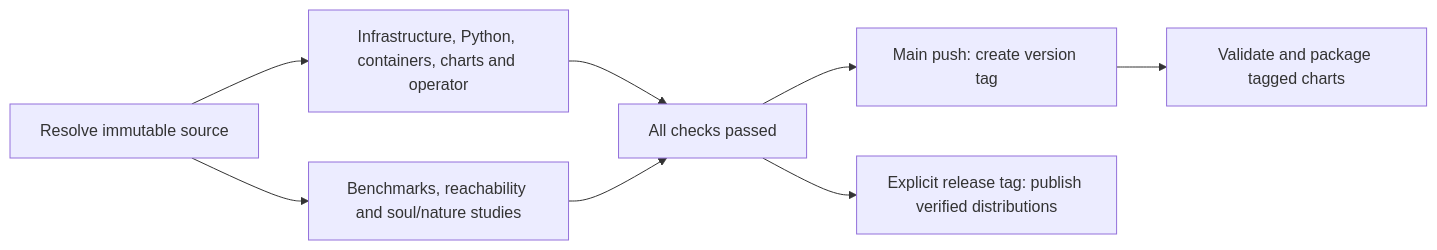
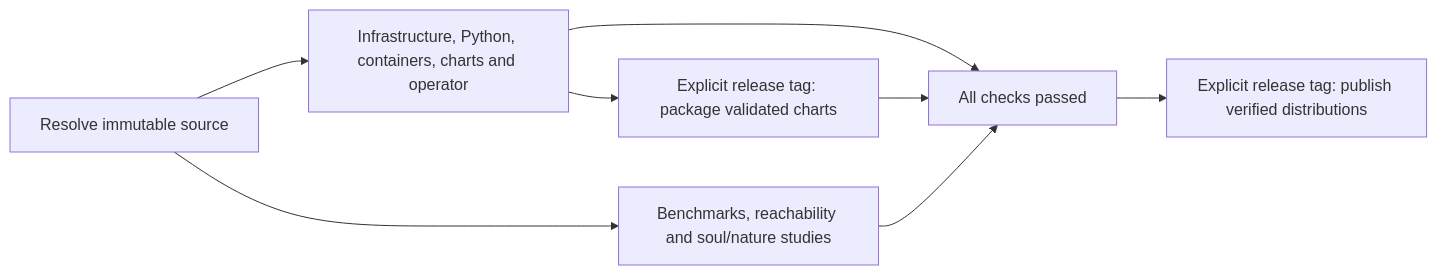
Before and after one commit to astrivant/polyad: the diagram in docs/development/toolchain.md, drawn with Mermaid. The commit also changed other lines of this file and 10 other files, not shown here.

````diff
--- a/docs/development/toolchain.md
+++ b/docs/development/toolchain.md
@@ -248,10 +250,10 @@
 ```mermaid
 flowchart LR
     source["Resolve immutable source"] --> checks["Infrastructure, Python, containers, charts and operator"]
     source --> studies["Benchmarks, reachability and soul/nature studies"]
     checks --> verified["All checks passed"]
     studies --> verified
-    verified --> tag["Main push: create version tag"]
-    tag --> charts["Validate and package tagged charts"]
+    checks --> charts["Explicit release tag: package validated charts"]
+    charts --> verified
     verified --> publish["Explicit release tag: publish verified distributions"]
 ```
````
